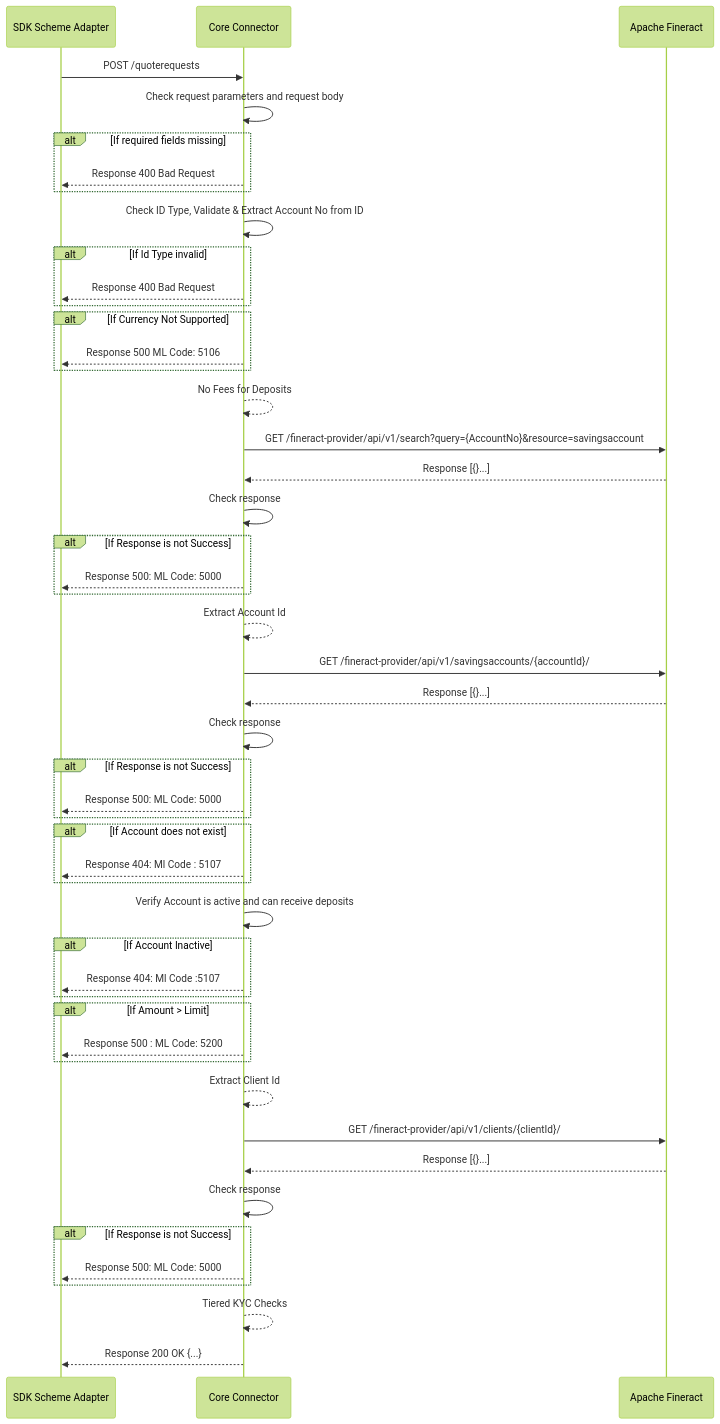
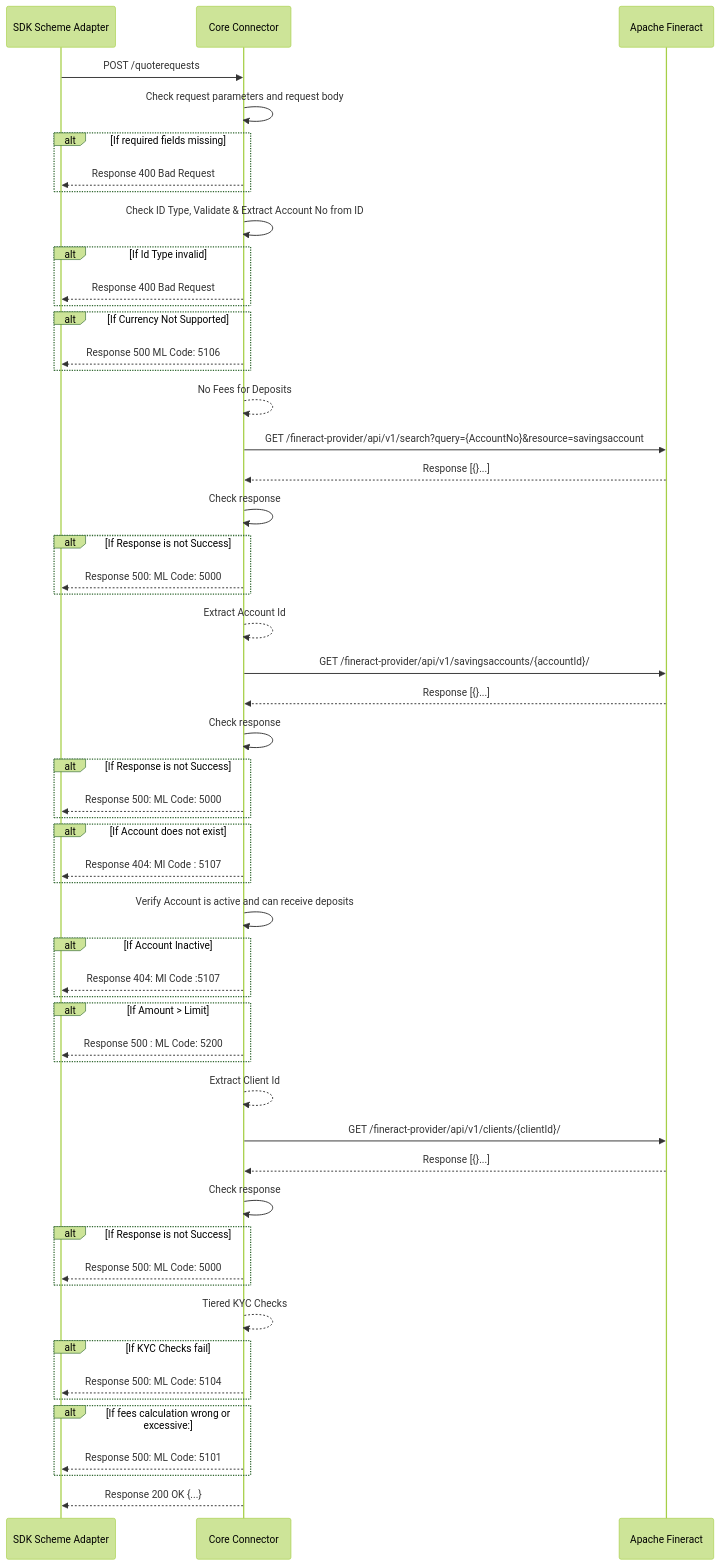
Before and after one commit to mojaloop/mifos-core-connector-docs: the diagram in docs/PayeeQuoteRequest.md, drawn with Mermaid (forest theme).

Commit message:
chore: modified PayeeQuote request diagram

````diff
--- a/docs/PayeeQuoteRequest.md
+++ b/docs/PayeeQuoteRequest.md
@@ -3,48 +3,54 @@
 ```mermaid
 sequenceDiagram
     SDK Scheme Adapter->>Core Connector: POST /quoterequests
     Core Connector ->> Core Connector: Check request parameters and request body
     Alt If required fields missing
     Core Connector-->>SDK Scheme Adapter: Response 400 Bad Request
     End
     Core Connector->>Core Connector: Check ID Type, Validate & Extract Account No from ID
     Alt If Id Type invalid
     Core Connector-->>SDK Scheme Adapter: Response 400 Bad Request
     End
     Alt If Currency Not Supported
     Core Connector -->> SDK Scheme Adapter: Response 500 ML Code: 5106
     End
     Core Connector-->>Core Connector: No Fees for Deposits
     Core Connector->>Apache Fineract: GET /fineract-provider/api/v1/search?query={AccountNo}&resource=savingsaccount
     Apache Fineract-->>Core Connector: Response [{}...]
     Core Connector ->> Core Connector: Check response
     Alt If Response is not Success
     Core Connector -->> SDK Scheme Adapter: Response 500: ML Code: 5000
     End
     Core Connector-->>Core Connector: Extract Account Id
     Core Connector->>Apache Fineract: GET /fineract-provider/api/v1/savingsaccounts/{accountId}/
     Apache Fineract-->>Core Connector: Response [{}...]
     Core Connector ->> Core Connector: Check response
     Alt If Response is not Success
     Core Connector -->> SDK Scheme Adapter: Response 500: ML Code: 5000
     End
     Alt If Account does not exist
     Core Connector -->> SDK Scheme Adapter: Response 404: Ml Code : 5107
     End 
     Core Connector->>Core Connector: Verify Account is active and can receive deposits
     Alt If Account Inactive
     Core Connector -->> SDK Scheme Adapter: Response 404: Ml Code :5107
     End
     Alt If Amount > Limit
     Core Connector -->> SDK Scheme Adapter: Response 500 : ML Code: 5200
     End
     Core Connector-->>Core Connector: Extract Client Id
     Core Connector->>Apache Fineract: GET /fineract-provider/api/v1/clients/{clientId}/
     Apache Fineract-->>Core Connector: Response [{}...]
     Core Connector ->> Core Connector: Check response
     Alt If Response is not Success
     Core Connector -->> SDK Scheme Adapter: Response 500: ML Code: 5000
     End 
     Core Connector-->>Core Connector: Tiered KYC Checks 
+    Alt If KYC Checks fail
+    Core Connector-->> SDK Scheme Adapter: Response 500: ML Code: 5104
+    End
+    Alt If fees calculation wrong or excessive:
+    Core Connector-->> SDK Scheme Adapter: Response 500: ML Code: 5101
+    End
     Core Connector-->>SDK Scheme Adapter: Response 200 OK {...}
 ```
````
